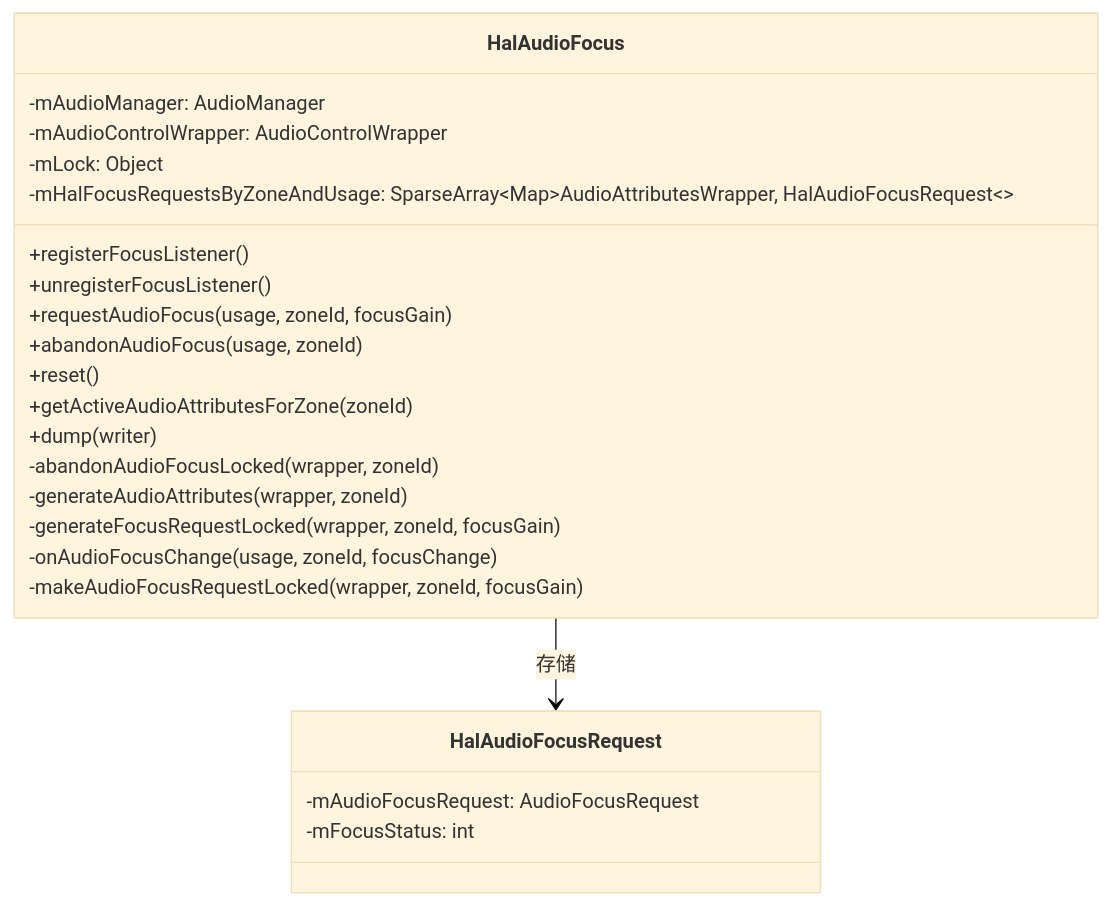
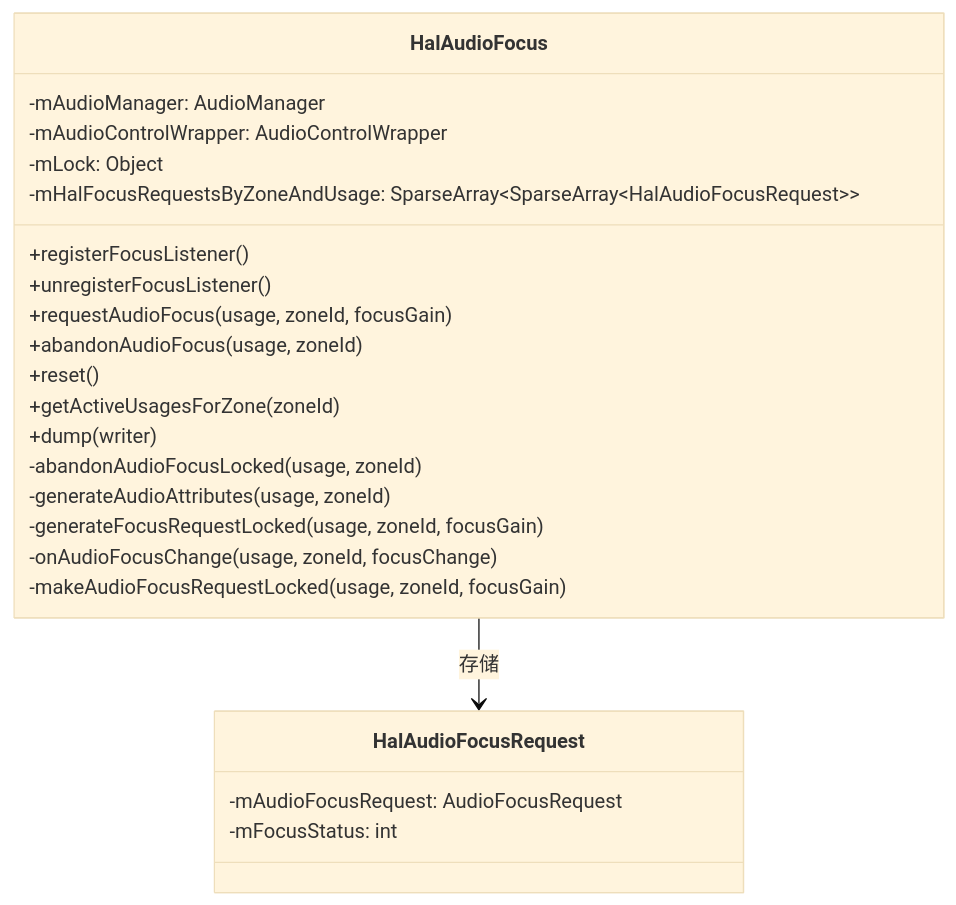
One commit to yanglinzhen1022/SA8295_AAOS_QNX_Audio_KnowledgeBase changed the third of 5 diagrams in 10_AudioControl_HAL/10_10.3_焦点回调流程.md. Above: the diagram before and after it, drawn with Mermaid (base theme). The commit also changed other lines of this file and 16 other files, not shown here.

````diff
--- a/10_AudioControl_HAL/10_10.3_焦点回调流程.md
+++ b/10_AudioControl_HAL/10_10.3_焦点回调流程.md
@@ -90,26 +89,26 @@
 ```mermaid
 classDiagram
     class HalAudioFocus {
         -mAudioManager: AudioManager
         -mAudioControlWrapper: AudioControlWrapper
         -mLock: Object
-        -mHalFocusRequestsByZoneAndUsage: SparseArray~Map~AudioAttributesWrapper, HalAudioFocusRequest~~
+        -mHalFocusRequestsByZoneAndUsage: SparseArray~SparseArray~HalAudioFocusRequest~~
         +registerFocusListener()
         +unregisterFocusListener()
         +requestAudioFocus(usage, zoneId, focusGain)
         +abandonAudioFocus(usage, zoneId)
         +reset()
-        +getActiveAudioAttributesForZone(zoneId)
+        +getActiveUsagesForZone(zoneId)
         +dump(writer)
-        -abandonAudioFocusLocked(wrapper, zoneId)
-        -generateAudioAttributes(wrapper, zoneId)
-        -generateFocusRequestLocked(wrapper, zoneId, focusGain)
+        -abandonAudioFocusLocked(usage, zoneId)
+        -generateAudioAttributes(usage, zoneId)
+        -generateFocusRequestLocked(usage, zoneId, focusGain)
         -onAudioFocusChange(usage, zoneId, focusChange)
-        -makeAudioFocusRequestLocked(wrapper, zoneId, focusGain)
+        -makeAudioFocusRequestLocked(usage, zoneId, focusGain)
     }
     class HalAudioFocusRequest {
         -mAudioFocusRequest: AudioFocusRequest
         -mFocusStatus: int
     }
     HalAudioFocus --> HalAudioFocusRequest : 存储
 ```
````
